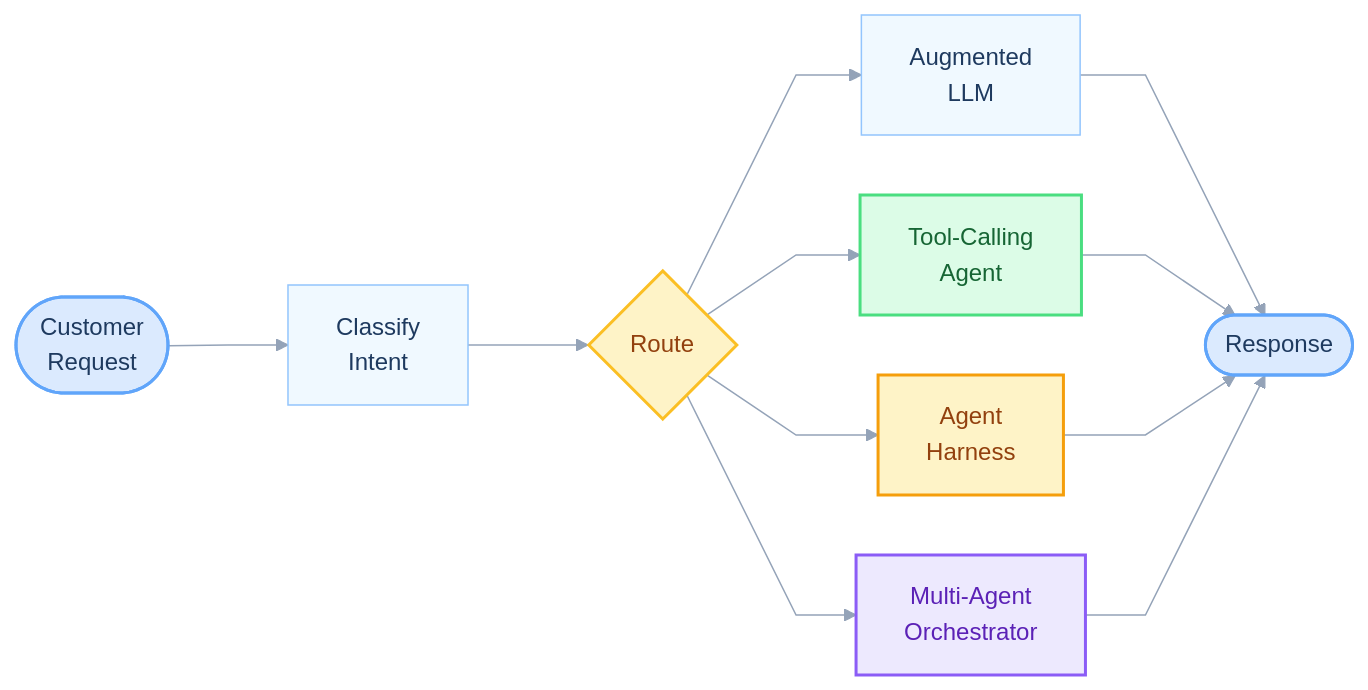
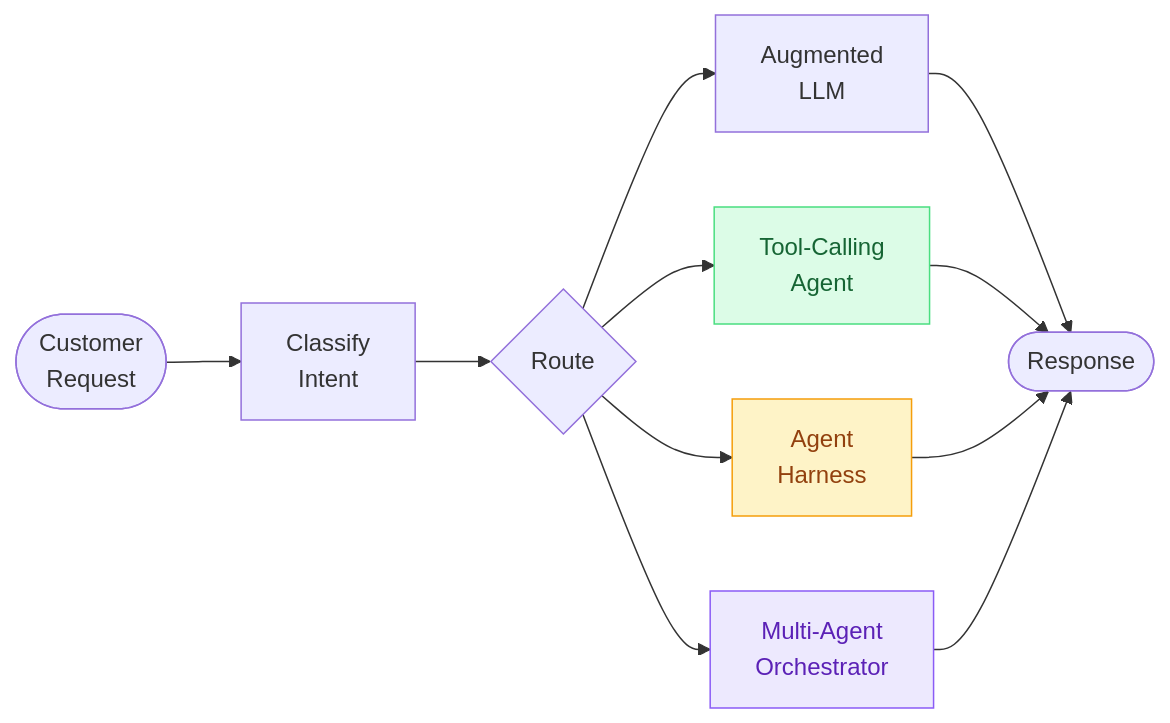
The sixth of 6 diagrams in agents/autonomy-levels/README.md (daveebbelaar/ai-cookbook), drawn with Mermaid before and after one commit. The commit also changed other lines of this file, not shown here.

Commit message:
Refactor README.md to simplify flowchart configurations and enhance clarity by removing redundant styling elements, improving readability of AI autonomy levels and orchestration details.

````diff
--- a/agents/autonomy-levels/README.md
+++ b/agents/autonomy-levels/README.md
@@ -222,35 +140,18 @@
 ```mermaid
----
-config:
-  theme: base
-  themeVariables:
-    primaryColor: "#dbeafe"
-    primaryTextColor: "#1e3a5f"
-    primaryBorderColor: "#93c5fd"
-    lineColor: "#94a3b8"
-  flowchart:
-    curve: linear
-    padding: 16
-    nodeSpacing: 40
-    rankSpacing: 80
----
 flowchart LR
-    IN(["Customer<br>Request"]):::input --> CLASSIFY["Classify<br>Intent"]:::dag --> ROUTE{"Route"}:::decision
+    IN(["Customer<br>Request"]) --> CLASSIFY["Classify<br>Intent"] --> ROUTE{"Route"}
 
-    ROUTE --> L1["Augmented<br>LLM"]:::dag
+    ROUTE --> L1["Augmented<br>LLM"]
     ROUTE --> L3["Tool-Calling<br>Agent"]:::agent
     ROUTE --> L4["Agent<br>Harness"]:::harness
     ROUTE --> L5["Multi-Agent<br>Orchestrator"]:::orch
 
-    L1 --> OUT(["Response"]):::input
+    L1 --> OUT(["Response"])
     L3 --> OUT
     L4 --> OUT
     L5 --> OUT
 
-    classDef input fill:#dbeafe,stroke:#60a5fa,color:#1e3a5f,stroke-width:2px
-    classDef dag fill:#f0f9ff,stroke:#93c5fd,color:#1e3a5f,stroke-width:1px
-    classDef decision fill:#fef3c7,stroke:#fbbf24,color:#92400e,stroke-width:2px
-    classDef agent fill:#dcfce7,stroke:#4ade80,color:#166534,stroke-width:2px
-    classDef harness fill:#fef3c7,stroke:#f59e0b,color:#92400e,stroke-width:2px
-    classDef orch fill:#ede9fe,stroke:#8b5cf6,color:#5b21b6,stroke-width:2px
+    classDef agent fill:#dcfce7,stroke:#4ade80,color:#166534
+    classDef harness fill:#fef3c7,stroke:#f59e0b,color:#92400e
+    classDef orch fill:#ede9fe,stroke:#8b5cf6,color:#5b21b6
 ```
````
